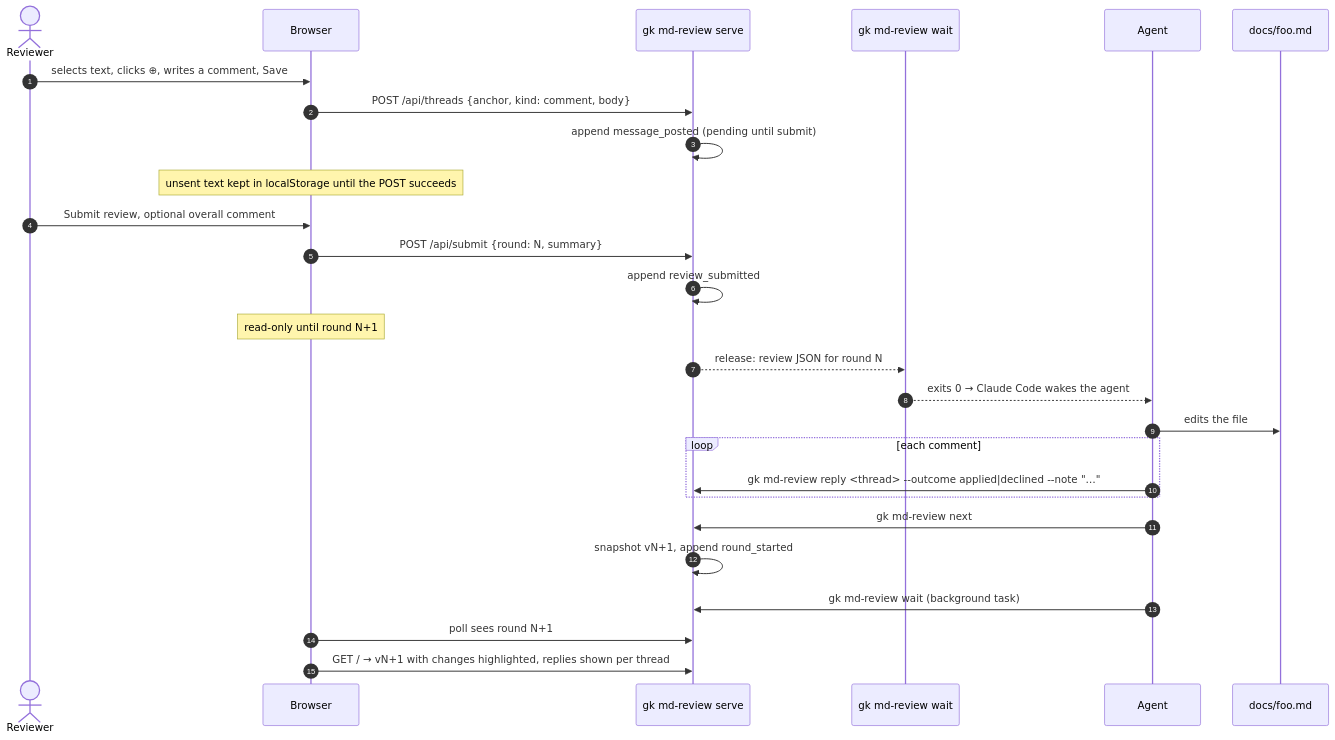
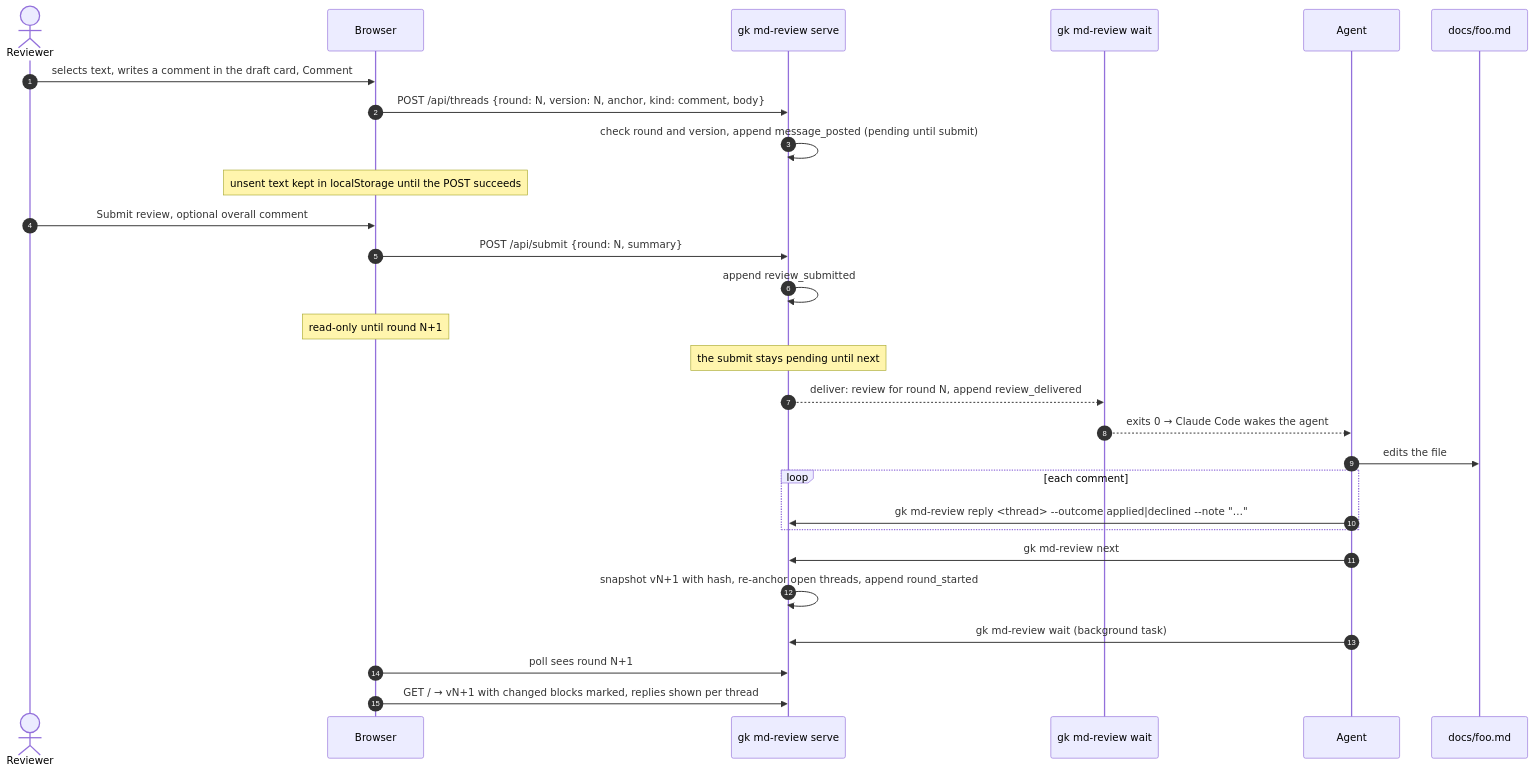
The fifth of 7 diagrams in docs/design/md-review-hld.md (msurkovsky/gist), drawn with Mermaid before and after one commit. The commit also changed other lines of this file, not shown here.

First line of the commit message:
Apply the CEO review decisions to the review HLD

````diff
--- a/docs/design/md-review-hld.md
+++ b/docs/design/md-review-hld.md
@@ -215,30 +253,31 @@
 ```mermaid
 sequenceDiagram
   autonumber
   actor H as Reviewer
   participant B as Browser
   participant S as gk md-review serve
   participant W as gk md-review wait
   participant A as Agent
   participant F as docs/foo.md
 
-  H->>B: selects text, clicks ⊕, writes a comment, Save
-  B->>S: POST /api/threads {anchor, kind: comment, body}
-  S->>S: append message_posted (pending until submit)
+  H->>B: selects text, writes a comment in the draft card, Comment
+  B->>S: POST /api/threads {round: N, version: N, anchor, kind: comment, body}
+  S->>S: check round and version, append message_posted (pending until submit)
   Note over B: unsent text kept in localStorage until the POST succeeds
   H->>B: Submit review, optional overall comment
   B->>S: POST /api/submit {round: N, summary}
   S->>S: append review_submitted
   Note over B: read-only until round N+1
-  S-->>W: release: review JSON for round N
+  Note over S: the submit stays pending until next
+  S-->>W: deliver: review for round N, append review_delivered
   W-->>A: exits 0 → Claude Code wakes the agent
   A->>F: edits the file
   loop each comment
     A->>S: gk md-review reply <thread> --outcome applied|declined --note "…"
   end
   A->>S: gk md-review next
-  S->>S: snapshot vN+1, append round_started
+  S->>S: snapshot vN+1 with hash, re-anchor open threads, append round_started
   A->>S: gk md-review wait (background task)
   B->>S: poll sees round N+1
-  B->>S: GET / → vN+1 with changes highlighted, replies shown per thread
+  B->>S: GET / → vN+1 with changed blocks marked, replies shown per thread
 ```
````
